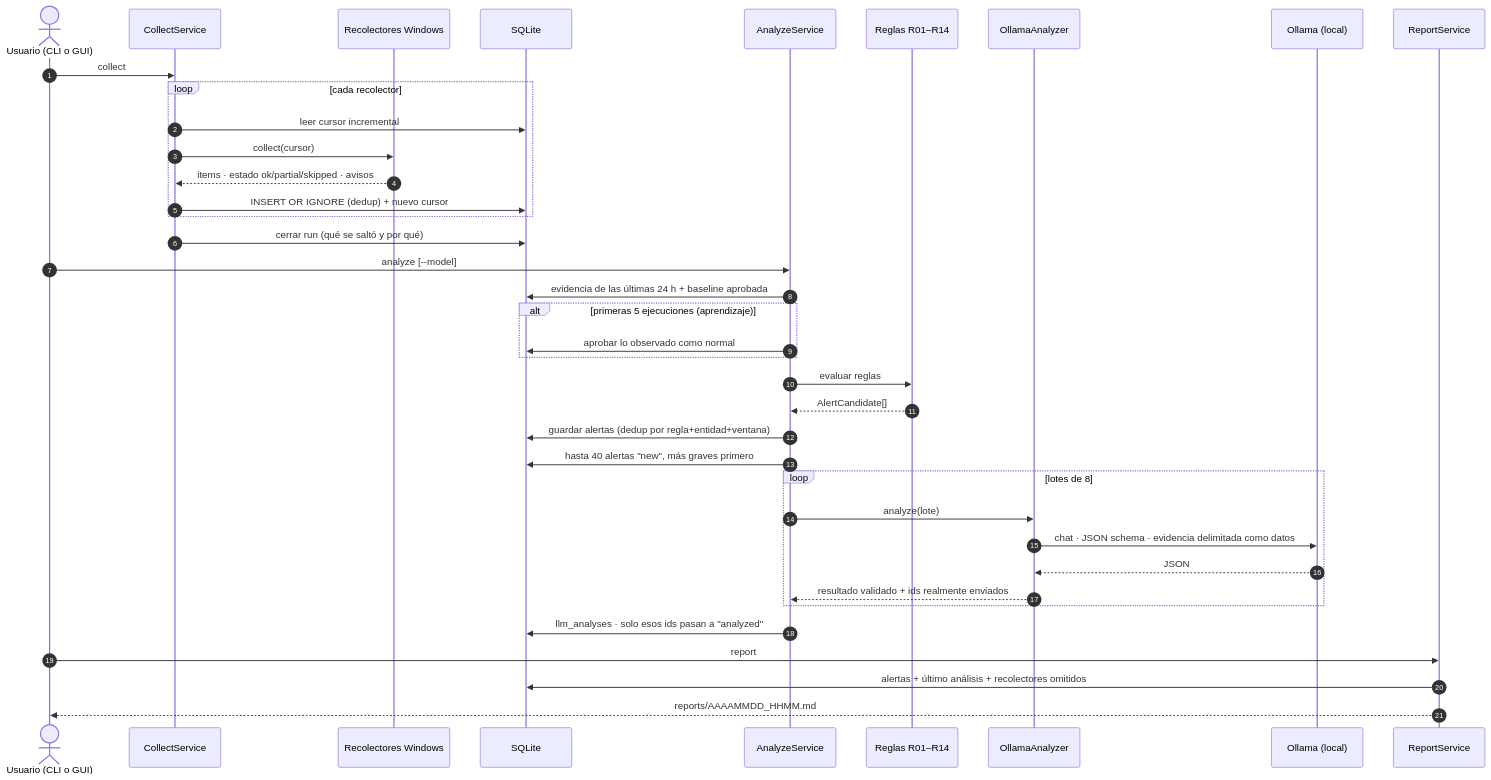
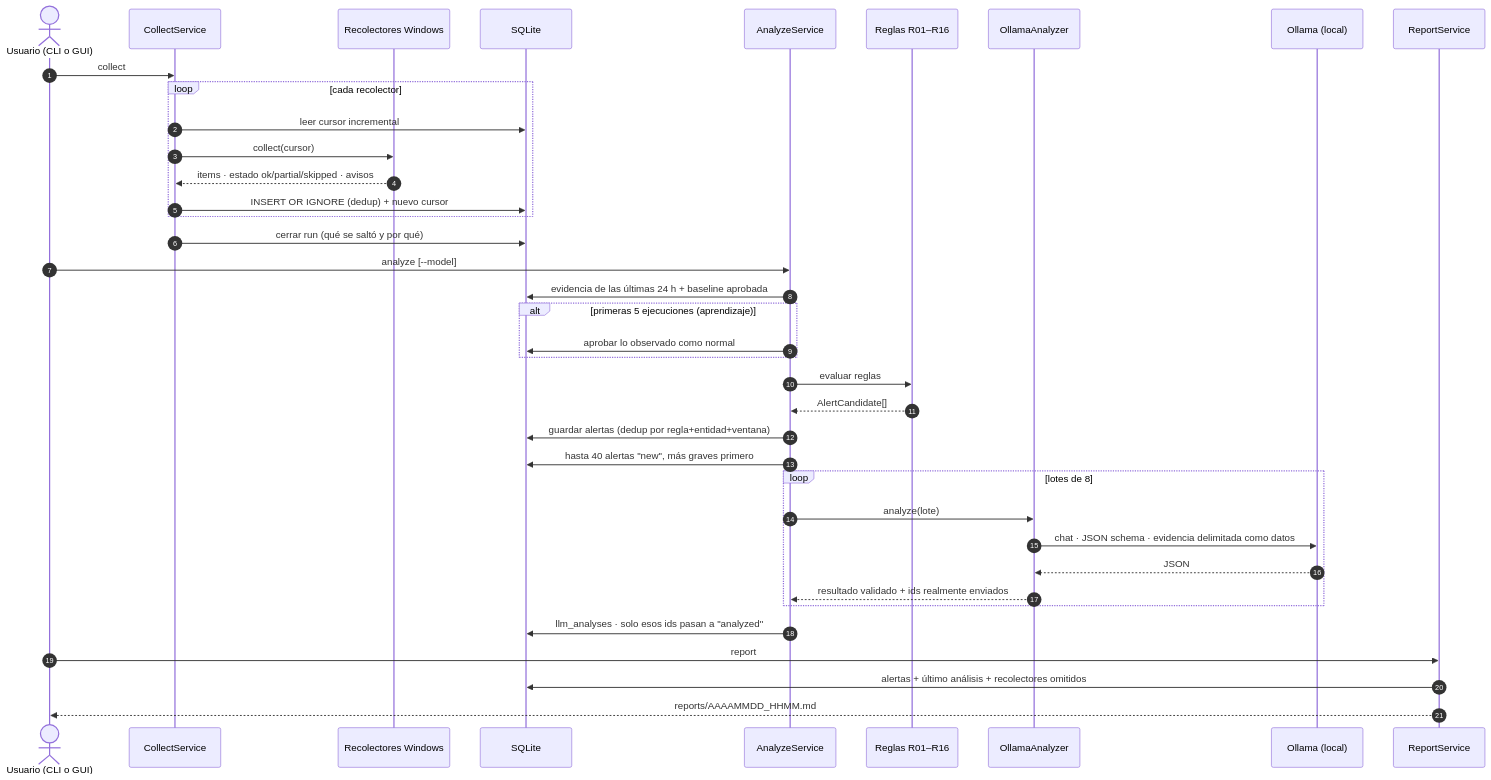
One commit to lindecode/Atalaya changed the third of 8 diagrams in README/README.arqu.md. Above: the diagram before and after it, drawn with Mermaid. The commit also changed other lines of this file and 7 other files, not shown here.

````diff
--- a/README/README.arqu.md
+++ b/README/README.arqu.md
@@ -115,43 +115,43 @@
 ```mermaid
 sequenceDiagram
     autonumber
     actor U as Usuario (CLI o GUI)
     participant C as CollectService
     participant W as Recolectores Windows
     participant DB as SQLite
     participant A as AnalyzeService
-    participant R as Reglas R01–R14
+    participant R as Reglas R01–R16
     participant L as OllamaAnalyzer
     participant O as Ollama (local)
     participant Rep as ReportService
 
     U->>C: collect
     loop cada recolector
         C->>DB: leer cursor incremental
         C->>W: collect(cursor)
         W-->>C: items · estado ok/partial/skipped · avisos
         C->>DB: INSERT OR IGNORE (dedup) + nuevo cursor
     end
     C->>DB: cerrar run (qué se saltó y por qué)
 
     U->>A: analyze [--model]
     A->>DB: evidencia de las últimas 24 h + baseline aprobada
     alt primeras 5 ejecuciones (aprendizaje)
         A->>DB: aprobar lo observado como normal
     end
     A->>R: evaluar reglas
     R-->>A: AlertCandidate[]
     A->>DB: guardar alertas (dedup por regla+entidad+ventana)
     A->>DB: hasta 40 alertas "new", más graves primero
     loop lotes de 8
         A->>L: analyze(lote)
         L->>O: chat · JSON schema · evidencia delimitada como datos
         O-->>L: JSON
         L-->>A: resultado validado + ids realmente enviados
     end
     A->>DB: llm_analyses · solo esos ids pasan a "analyzed"
 
     U->>Rep: report
     Rep->>DB: alertas + último análisis + recolectores omitidos
     Rep-->>U: reports/AAAAMMDD_HHMM.md
 ```
````
